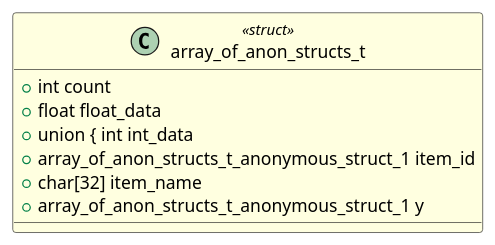
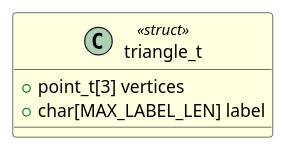
The second of 2 diagrams in TODO.md (fischerjooo/c2puml), drawn with PlantUML before and after one commit. The commit also changed other lines of this file and 7 other files, not shown here.

````diff
--- a/TODO.md
+++ b/TODO.md
@@ -189,11 +43,7 @@
 ```plantuml
-class "array_of_anon_structs_t" as TYPEDEF_ARRAY_OF_ANON_STRUCTS_T <<struct>> #LightYellow
+class "triangle_t" as TYPEDEF_TRIANGLE_T <<struct>> #LightYellow
 {
-    + int count
-    + float float_data
-    + union { int int_data
-    + array_of_anon_structs_t_anonymous_struct_1 item_id
-    + char[32] item_name
-    + array_of_anon_structs_t_anonymous_struct_1 y
+    + point_t[3] vertices
+    + char[MAX_LABEL_LEN] label
 }
 ```
````
